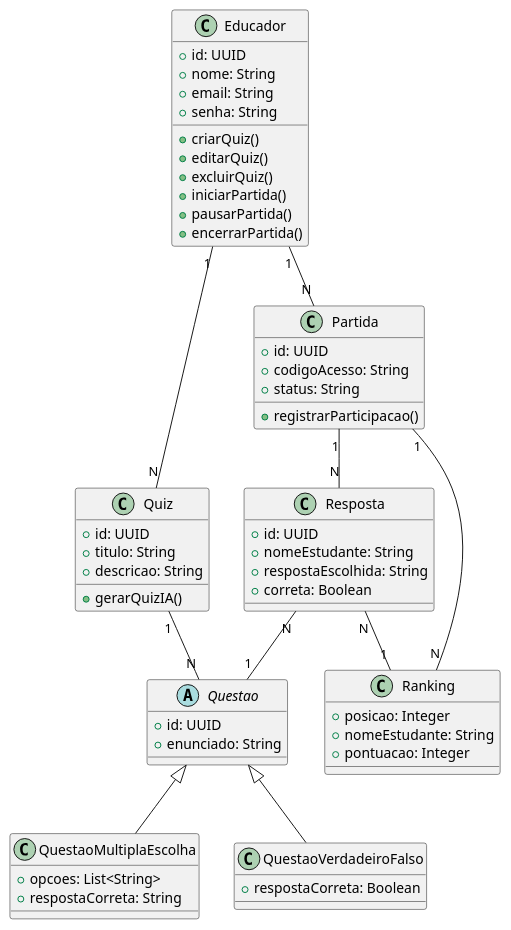
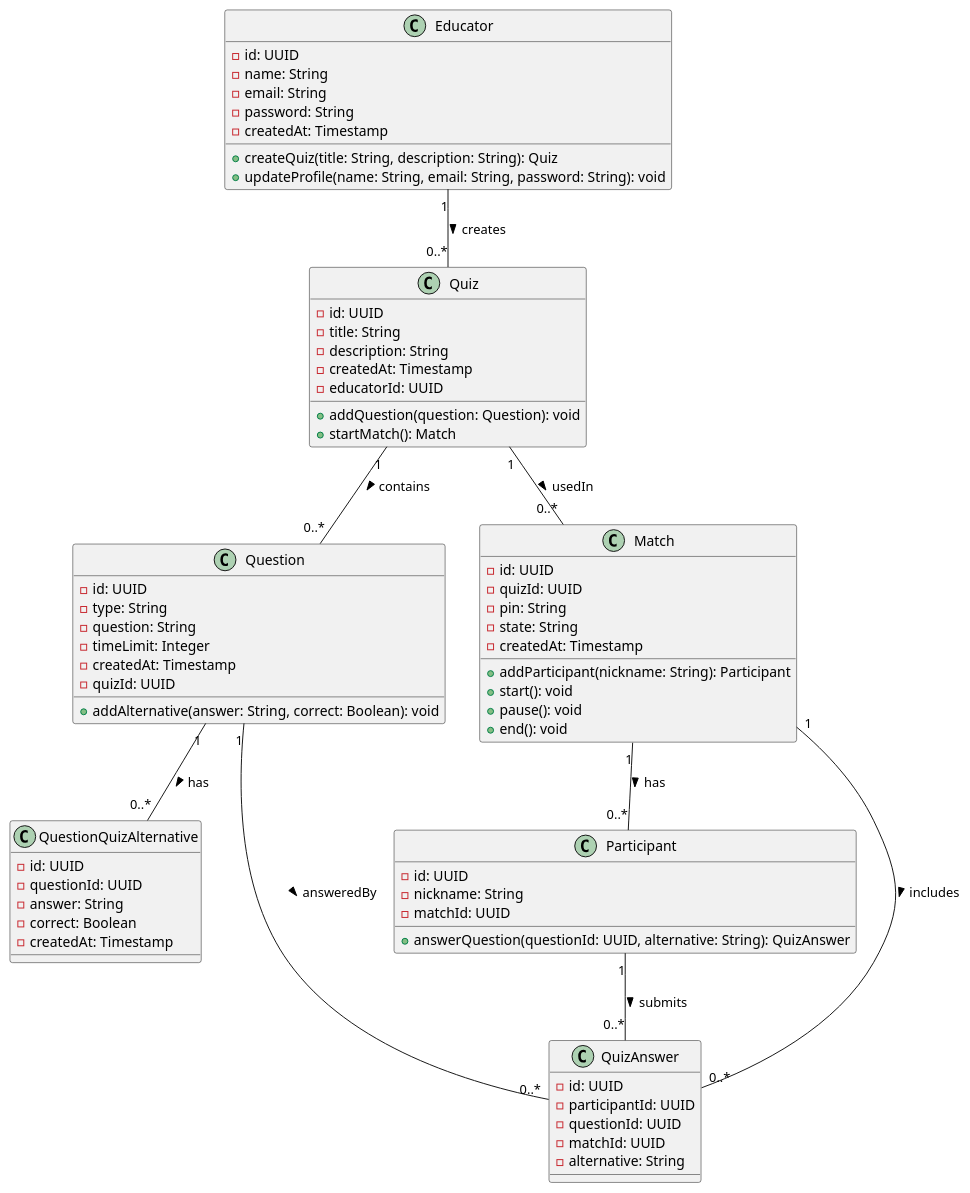
Before and after one commit to lucaazalim/ti-5-mindrush: the diagram in docs/assets/diagrama-de-classes.puml, drawn with PlantUML. The commit also changed 5 other files, not shown here.

```diff
--- a/docs/assets/diagrama-de-classes.puml
+++ b/docs/assets/diagrama-de-classes.puml
@@ -1,66 +1,82 @@
 @startuml
-class Educador {
-  +id: UUID
-  +nome: String
-  +email: String
-  +senha: String
-  +criarQuiz()
-  +editarQuiz()
-  +excluirQuiz()
-  +iniciarPartida()
-  +pausarPartida()
-  +encerrarPartida()
+
+class Educator {
+  -id: UUID
+  -name: String
+  -email: String
+  -password: String
+  -createdAt: Timestamp
+  
+  +createQuiz(title: String, description: String): Quiz
+  +updateProfile(name: String, email: String, password: String): void
 }
 
 class Quiz {
-  +id: UUID
-  +titulo: String
-  +descricao: String
-  +gerarQuizIA()
+  -id: UUID
+  -title: String
+  -description: String
+  -createdAt: Timestamp
+  -educatorId: UUID
+
+  +addQuestion(question: Question): void
+  +startMatch(): Match
 }
 
-abstract class Questao {
-  +id: UUID
-  +enunciado: String
+class Question {
+  -id: UUID
+  -type: String
+  -question: String
+  -timeLimit: Integer
+  -createdAt: Timestamp
+  -quizId: UUID
+
+  +addAlternative(answer: String, correct: Boolean): void
 }
 
-class QuestaoMultiplaEscolha {
-  +opcoes: List<String>
-  +respostaCorreta: String
+class QuestionQuizAlternative {
+  -id: UUID
+  -questionId: UUID
+  -answer: String
+  -correct: Boolean
+  -createdAt: Timestamp
 }
 
-class QuestaoVerdadeiroFalso {
-  +respostaCorreta: Boolean
+class Match {
+  -id: UUID
+  -quizId: UUID
+  -pin: String
+  -state: String
+  -createdAt: Timestamp
+
+  +addParticipant(nickname: String): Participant
+  +start(): void
+  +pause(): void
+  +end(): void
 }
 
-class Partida {
-  +id: UUID
-  +codigoAcesso: String
-  +status: String
-  +registrarParticipacao()
+class Participant {
+  -id: UUID
+  -nickname: String
+  -matchId: UUID
+
+  +answerQuestion(questionId: UUID, alternative: String): QuizAnswer
 }
 
-class Resposta {
-  +id: UUID
-  +nomeEstudante: String
-  +respostaEscolhida: String
-  +correta: Boolean
+class QuizAnswer {
+  -id: UUID
+  -participantId: UUID
+  -questionId: UUID
+  -matchId: UUID
+  -alternative: String
 }
 
-class Ranking {
-  +posicao: Integer
-  +nomeEstudante: String
-  +pontuacao: Integer
-}
+Educator "1" -- "0..*" Quiz : creates >
+Quiz "1" -- "0..*" Question : contains >
+Question "1" -- "0..*" QuestionQuizAlternative : has >
+Quiz "1" -- "0..*" Match : usedIn >
+Match "1" -- "0..*" Participant : has >
+Participant "1" -- "0..*" QuizAnswer : submits >
+Question "1" -- "0..*" QuizAnswer : answeredBy >
+Match "1" -- "0..*" QuizAnswer : includes >
 
-Educador "1" -- "N" Quiz
-Quiz "1" -- "N" Questao
-Educador "1" -- "N" Partida
-Partida "1" -- "N" Resposta
-Resposta "N" -- "1" Questao
-Partida "1" -- "N" Ranking
-Resposta "N" -- "1" Ranking
-
-Questao <|-- QuestaoMultiplaEscolha
-Questao <|-- QuestaoVerdadeiroFalso
 @enduml
```
